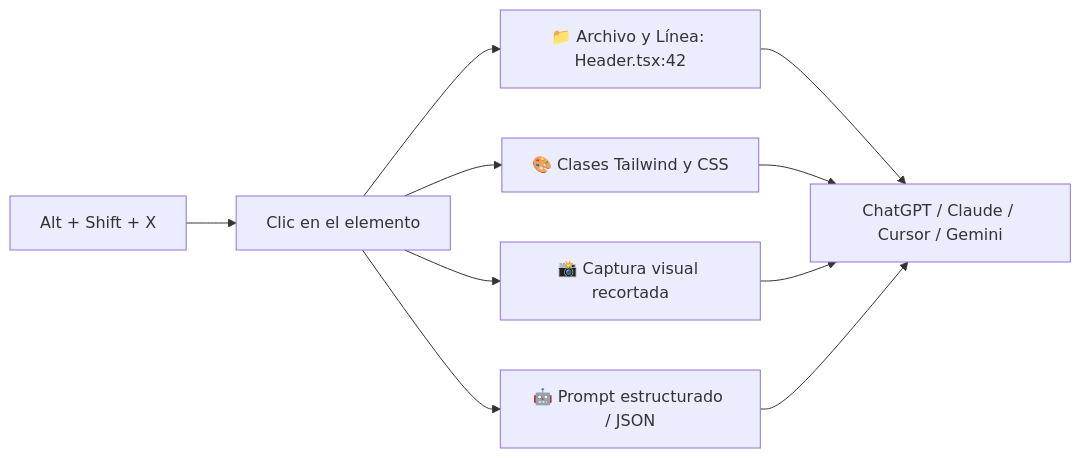
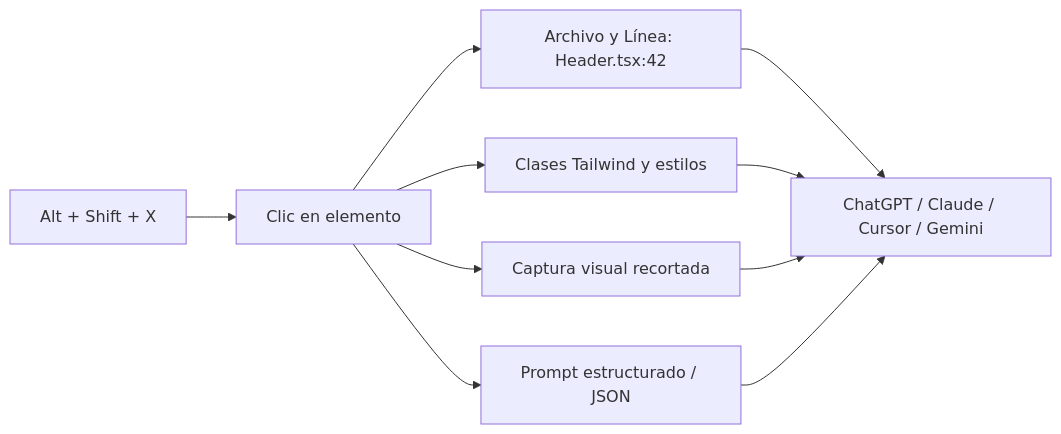
One commit to Dearxia1/UaiSelect changed the second of 3 diagrams in README.md. Above: the diagram before and after it, drawn with Mermaid. The commit also changed other lines of this file, not shown here.

````diff
--- a/README.md
+++ b/README.md
@@ -36,9 +36,9 @@
 ```mermaid
 flowchart LR
-    A[Alt + Shift + X] --> B[Clic en el elemento]
-    B --> C1[📁 Archivo y Línea: Header.tsx:42]
-    B --> C2[🎨 Clases Tailwind y CSS]
-    B --> C3[📸 Captura visual recortada]
-    B --> C4[🤖 Prompt estructurado / JSON]
+    A[Alt + Shift + X] --> B[Clic en elemento]
+    B --> C1[Archivo y Línea: Header.tsx:42]
+    B --> C2[Clases Tailwind y estilos]
+    B --> C3[Captura visual recortada]
+    B --> C4[Prompt estructurado / JSON]
     C1 & C2 & C3 & C4 --> D[ChatGPT / Claude / Cursor / Gemini]
 ```
````
